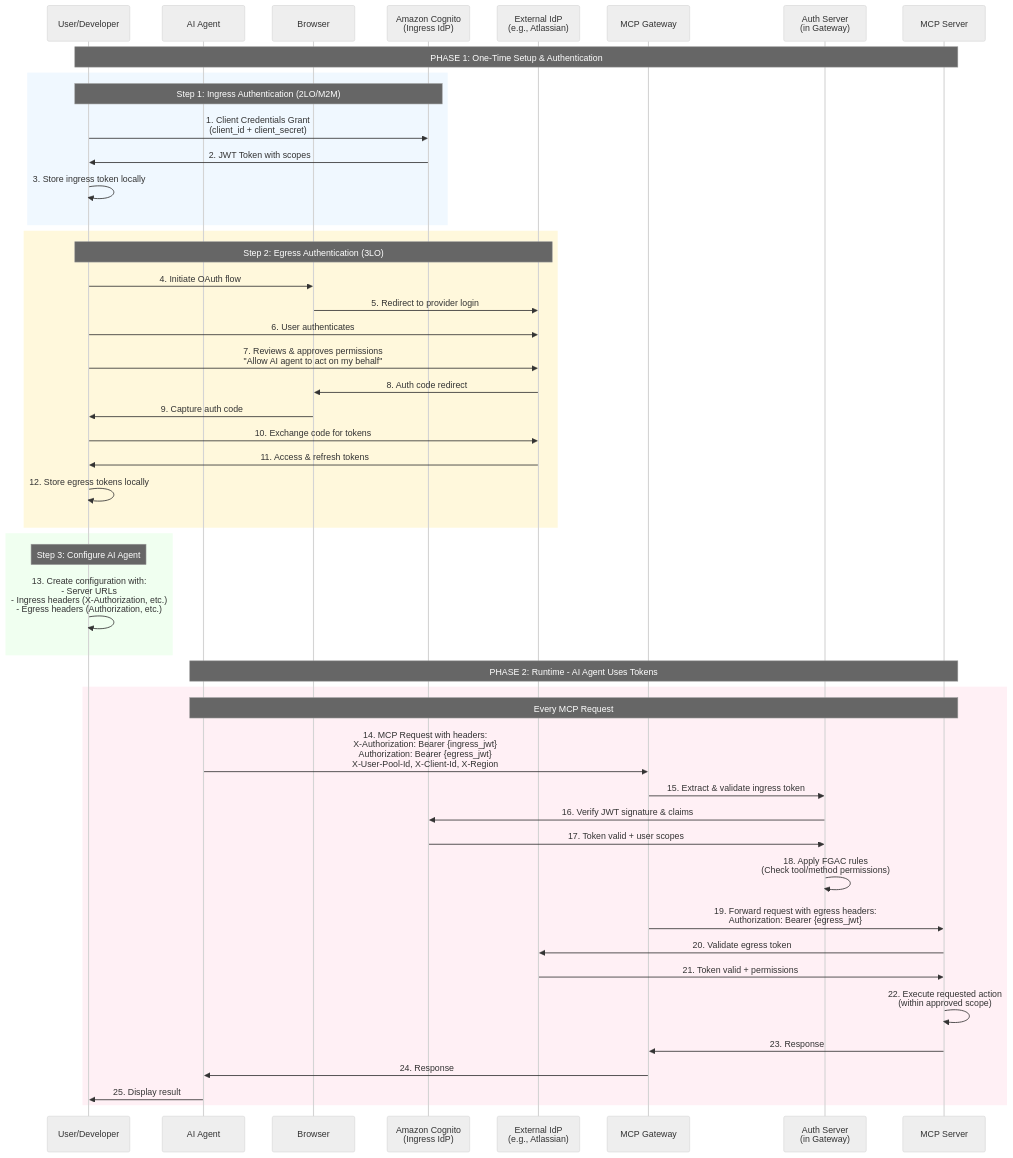
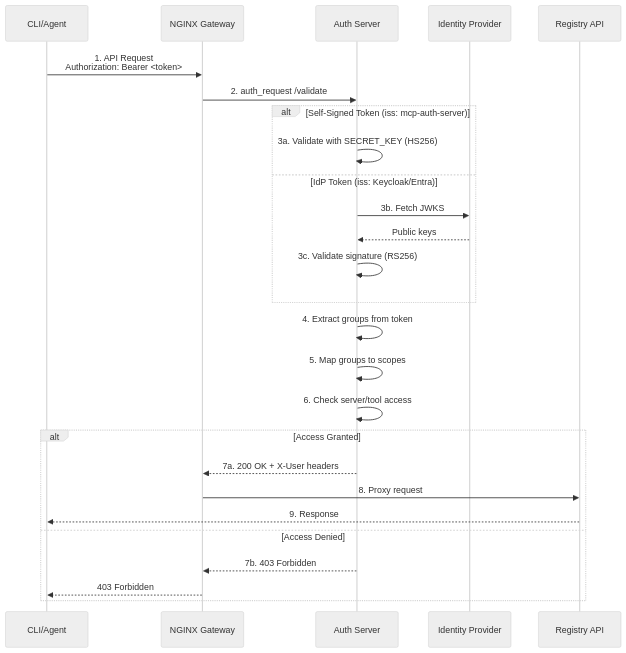
One commit to dheerajoruganty/mcp-gateway-registry changed the third of 3 diagrams in docs/auth.md. Above: the diagram before and after it, drawn with Mermaid (neutral theme). The commit also changed other lines of this file and 57 other files, not shown here.

First line of the commit message:
feat: Multi-Provider IAM Support for Keycloak and Microsoft Entra ID (#378)

````diff
--- a/docs/auth.md
+++ b/docs/auth.md
@@ -365,62 +178,32 @@
 ```mermaid
 sequenceDiagram
-    participant User as User/Developer
-    participant Agent as AI Agent
-    participant Browser as Browser
-    participant Cognito as Amazon Cognito<br/>(Ingress IdP)
-    participant ExtIdP as External IdP<br/>(e.g., Atlassian)
-    participant Gateway as MCP Gateway
-    participant AuthServer as Auth Server<br/>(in Gateway)
-    participant MCPServer as MCP Server
-    
-    Note over User,MCPServer: PHASE 1: One-Time Setup & Authentication
-    
-    rect rgb(240, 248, 255)
-        Note over User,Cognito: Step 1: Ingress Authentication (2LO/M2M)
-        User->>Cognito: 1. Client Credentials Grant<br/>(client_id + client_secret)
-        Cognito->>User: 2. JWT Token with scopes
-        User->>User: 3. Store ingress token locally
+    participant Client as CLI/Agent
+    participant NGINX as NGINX Gateway
+    participant Auth as Auth Server
+    participant IdP as Identity Provider
+    participant API as Registry API
+
+    Client->>NGINX: 1. API Request<br/>Authorization: Bearer <token>
+    NGINX->>Auth: 2. auth_request /validate
+
+    alt Self-Signed Token (iss: mcp-auth-server)
+        Auth->>Auth: 3a. Validate with SECRET_KEY (HS256)
+    else IdP Token (iss: Keycloak/Entra)
+        Auth->>IdP: 3b. Fetch JWKS
+        IdP-->>Auth: Public keys
+        Auth->>Auth: 3c. Validate signature (RS256)
     end
-    
-    rect rgb(255, 248, 220)
-        Note over User,ExtIdP: Step 2: Egress Authentication (3LO)
-        User->>Browser: 4. Initiate OAuth flow
-        Browser->>ExtIdP: 5. Redirect to provider login
-        User->>ExtIdP: 6. User authenticates
-        User->>ExtIdP: 7. Reviews & approves permissions<br/>"Allow AI agent to act on my behalf"
-        ExtIdP->>Browser: 8. Auth code redirect
-        Browser->>User: 9. Capture auth code
-        User->>ExtIdP: 10. Exchange code for tokens
-        ExtIdP->>User: 11. Access & refresh tokens
-        User->>User: 12. Store egress tokens locally
-    end
-    
-    rect rgb(240, 255, 240)
-        Note over User: Step 3: Configure AI Agent
-        User->>User: 13. Create configuration with:<br/>- Server URLs<br/>- Ingress headers (X-Authorization, etc.)<br/>- Egress headers (Authorization, etc.)
-    end
-    
-    Note over Agent,MCPServer: PHASE 2: Runtime - AI Agent Uses Tokens
-    
-    rect rgb(255, 240, 245)
-        Note over Agent,MCPServer: Every MCP Request
-        Agent->>Gateway: 14. MCP Request with headers:<br/>X-Authorization: Bearer {ingress_jwt}<br/>Authorization: Bearer {egress_jwt}<br/>X-User-Pool-Id, X-Client-Id, X-Region
-        
-        Gateway->>AuthServer: 15. Extract & validate ingress token
-        AuthServer->>Cognito: 16. Verify JWT signature & claims
-        Cognito->>AuthServer: 17. Token valid + user scopes
-        
-        AuthServer->>AuthServer: 18. Apply FGAC rules<br/>(Check tool/method permissions)
-        
-        Gateway->>MCPServer: 19. Forward request with egress headers:<br/>Authorization: Bearer {egress_jwt}
-        
-        MCPServer->>ExtIdP: 20. Validate egress token
-        ExtIdP->>MCPServer: 21. Token valid + permissions
-        
-        MCPServer->>MCPServer: 22. Execute requested action<br/>(within approved scope)
-        
-        MCPServer->>Gateway: 23. Response
-        Gateway->>Agent: 24. Response
-        Agent->>User: 25. Display result
+
+    Auth->>Auth: 4. Extract groups from token
+    Auth->>Auth: 5. Map groups to scopes
+    Auth->>Auth: 6. Check server/tool access
+
+    alt Access Granted
+        Auth-->>NGINX: 7a. 200 OK + X-User headers
+        NGINX->>API: 8. Proxy request
+        API-->>Client: 9. Response
+    else Access Denied
+        Auth-->>NGINX: 7b. 403 Forbidden
+        NGINX-->>Client: 403 Forbidden
     end
 ```
````
